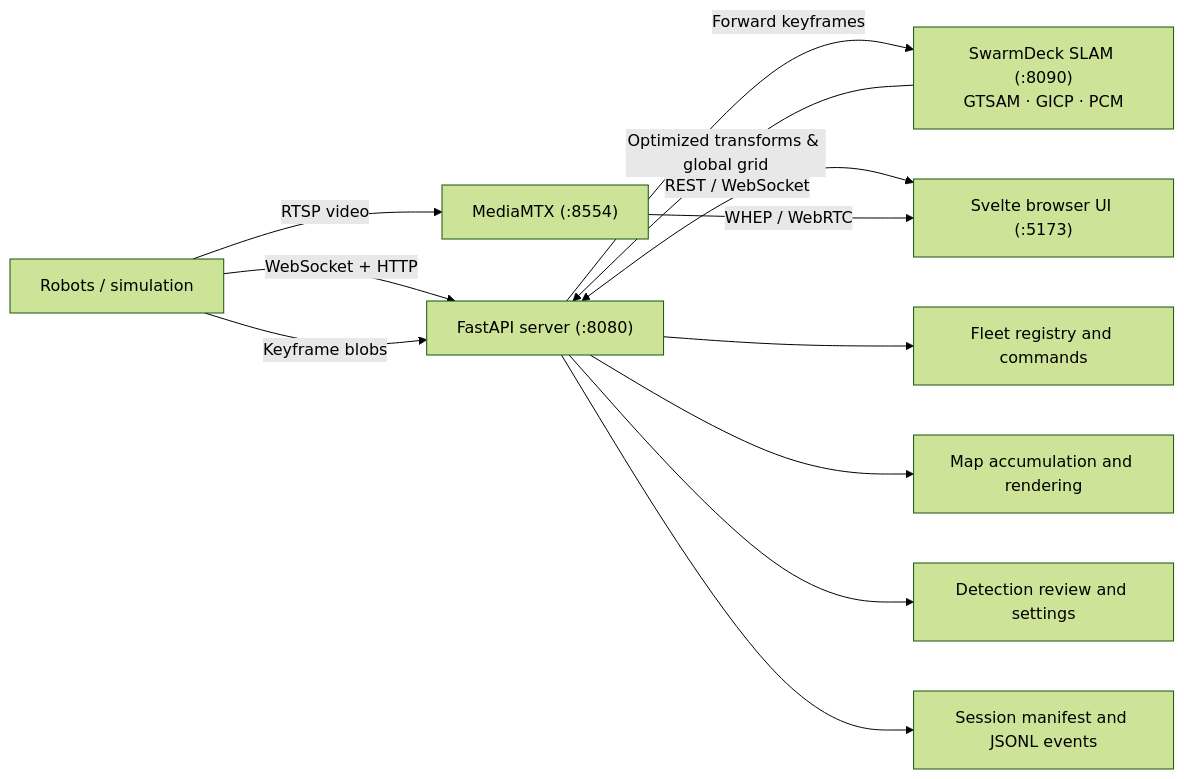
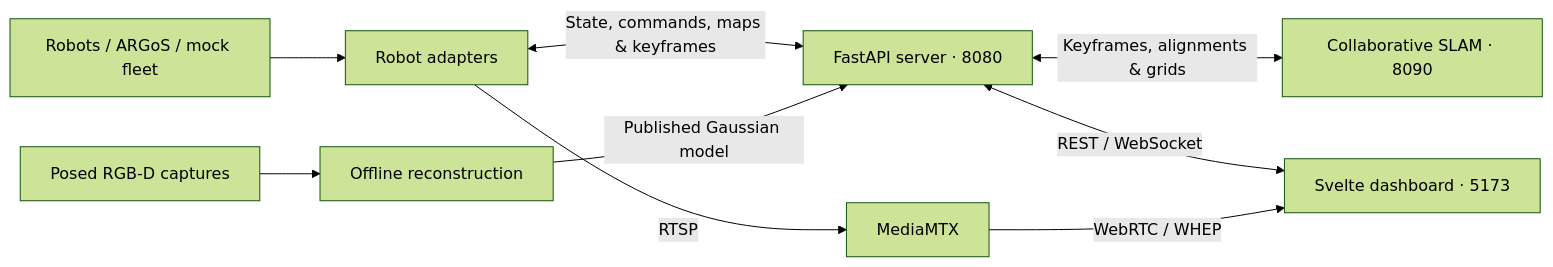
The diagram in README.md (SimonR99/swarmdeck), drawn with Mermaid (forest theme) before and after one commit. The commit also changed other lines of this file and 10 other files, not shown here.

````diff
--- a/README.md
+++ b/README.md
@@ -117,14 +126,11 @@
 ```mermaid
 flowchart LR
-    Robots["Robots / simulation"] -->|WebSocket + HTTP| Server["FastAPI server (:8080)"]
-    Robots -->|Keyframe blobs| Server
-    Server -->|Forward keyframes| SLAM["SwarmDeck SLAM (:8090)<br/>GTSAM · GICP · PCM"]
-    SLAM -->|Optimized transforms & global grid| Server
-    Robots -->|RTSP video| Media["MediaMTX (:8554)"]
-    Server <-->|REST / WebSocket| UI["Svelte browser UI (:5173)"]
-    Media -->|WHEP / WebRTC| UI
-    Server --> Fleet["Fleet registry and commands"]
-    Server --> Maps["Map accumulation and rendering"]
-    Server --> Review["Detection review and settings"]
-    Server --> Sessions["Session manifest and JSONL events"]
+    Robots["Robots / ARGoS / mock fleet"] --> Adapters["Robot adapters"]
+    Adapters <-->|"State, commands, maps & keyframes"| Server["FastAPI server · 8080"]
+    Server <-->|"Keyframes, alignments & grids"| SLAM["Collaborative SLAM · 8090"]
+    Server <-->|"REST / WebSocket"| UI["Svelte dashboard · 5173"]
+    Adapters -->|RTSP| Media["MediaMTX"]
+    Media -->|"WebRTC / WHEP"| UI
+    RGBD["Posed RGB-D captures"] --> Trainer["Offline reconstruction"]
+    Trainer -->|"Published Gaussian model"| Server
 ```
````
